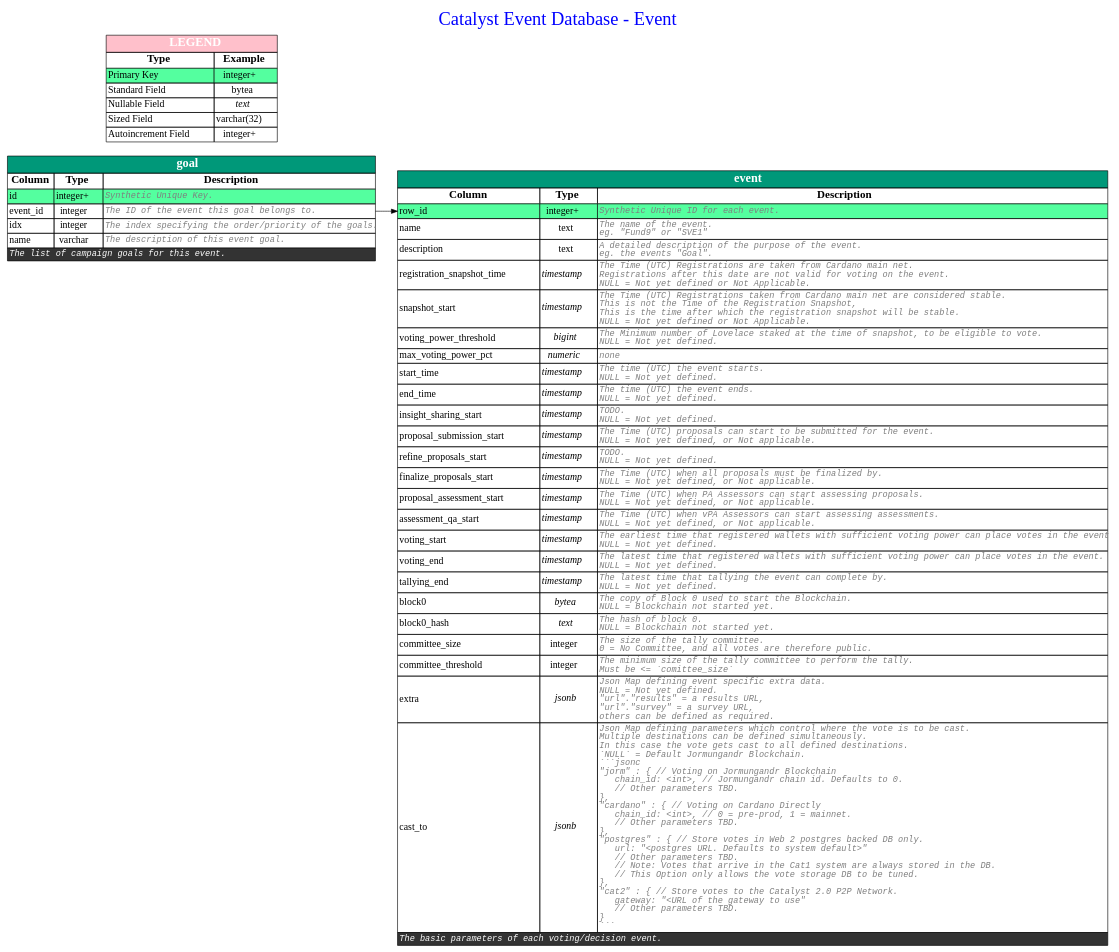
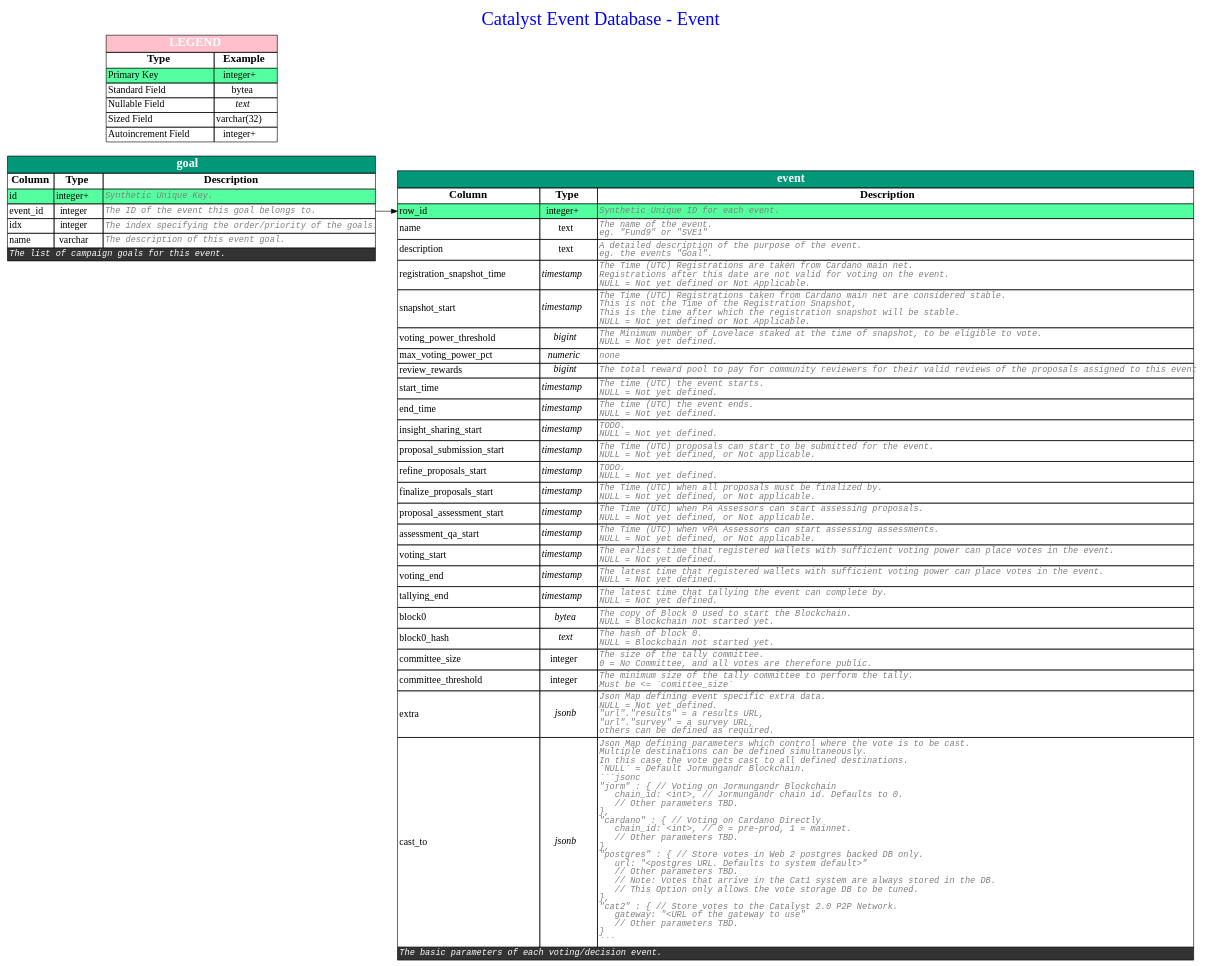
The diagram in feature/review-stage/08_event-db/db-diagrams/event-db-event.dot (input-output-hk/catalyst-core), drawn with Graphviz before and after one commit. The commit also changed 1117 other files, not shown here.

```diff
--- a/feature/review-stage/08_event-db/db-diagrams/event-db-event.dot
+++ b/feature/review-stage/08_event-db/db-diagrams/event-db-event.dot
@@ -74,6 +74,12 @@
                 <td port="max_voting_power_pct"  align='text'><font>max_voting_power_pct</font><br align='left'/></td>
                 <td   ><font><i>numeric</i></font></td>
                 <td port="max_voting_power_pct_out"  align='text'><font color='grey50' face='Monospace' point-size='14' ><i>none</i><br align="left"/></font></td>
+            </tr>
+            
+            <tr>
+                <td port="review_rewards"  align='text'><font>review_rewards</font><br align='left'/></td>
+                <td   ><font><i>bigint</i></font></td>
+                <td port="review_rewards_out"  align='text'><font color='grey50' face='Monospace' point-size='14' ><i>The total reward pool to pay for community reviewers for their valid reviews of the proposals assigned to this event.</i><br align="left"/></font></td>
             </tr>
             
             <tr>
```
